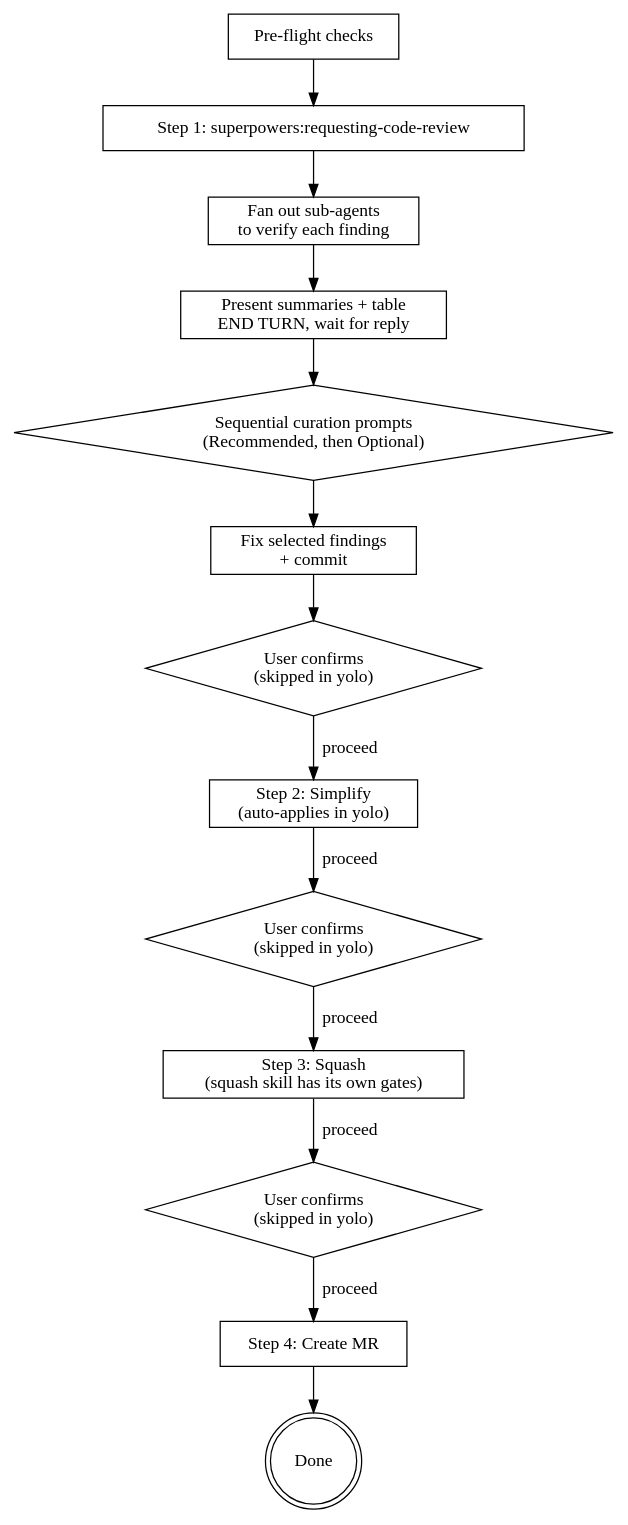
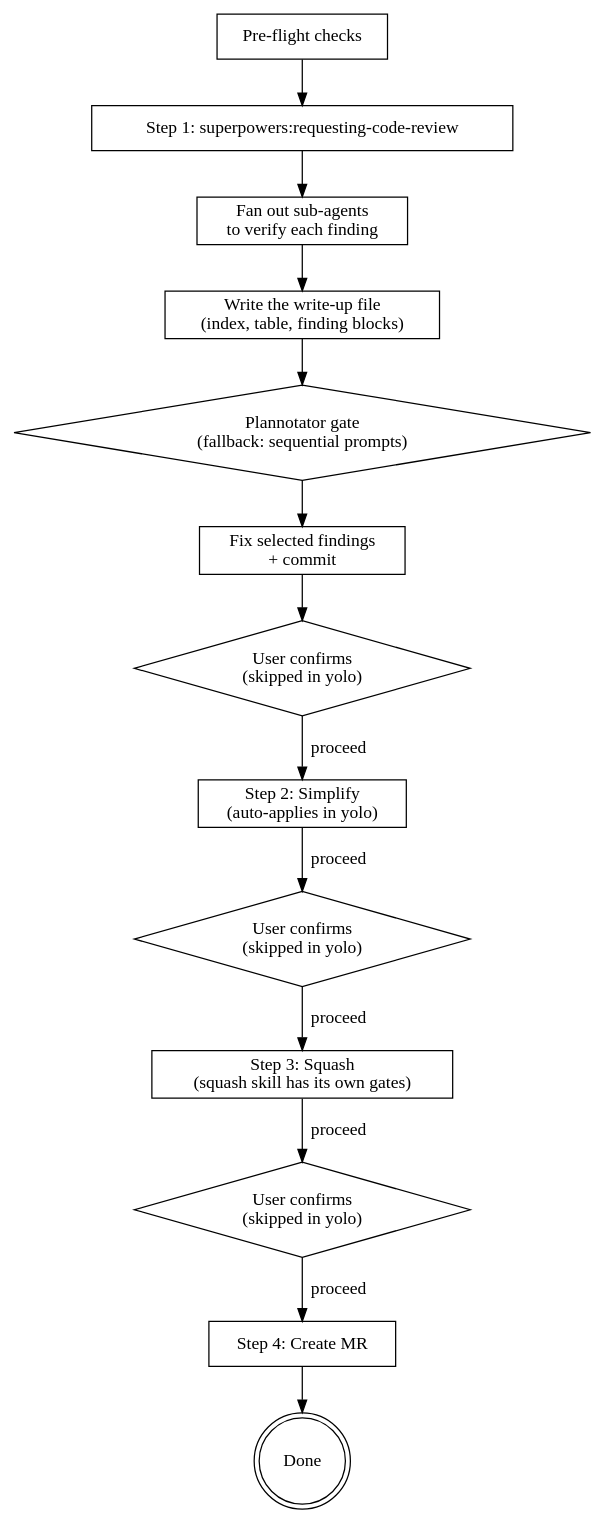
The diagram in skills/finalize-branch/SKILL.md (Minkey27/ai-skills), drawn with Graphviz before and after one commit. The commit also changed other lines of this file and 3 other files, not shown here.

First line of the commit message:
feat(skills): route review findings to a file and curate through the plannotator gate

````diff
--- a/skills/finalize-branch/SKILL.md
+++ b/skills/finalize-branch/SKILL.md
@@ -71,26 +71,26 @@
 ```dot
 digraph finalize {
     rankdir=TB;
     node [shape=box];
 
     preflight [label="Pre-flight checks"];
     review [label="Step 1: superpowers:requesting-code-review"];
     verify [label="Fan out sub-agents\nto verify each finding"];
-    present [label="Present summaries + table\nEND TURN, wait for reply"];
-    curate [label="Sequential curation prompts\n(Recommended, then Optional)" shape=diamond];
+    present [label="Write the write-up file\n(index, table, finding blocks)"];
+    curate [label="Plannotator gate\n(fallback: sequential prompts)" shape=diamond];
     fix [label="Fix selected findings\n+ commit"];
     gate1 [label="User confirms\n(skipped in yolo)" shape=diamond];
     simplify [label="Step 2: Simplify\n(auto-applies in yolo)"];
     gate2 [label="User confirms\n(skipped in yolo)" shape=diamond];
     squash [label="Step 3: Squash\n(squash skill has its own gates)"];
     gate3 [label="User confirms\n(skipped in yolo)" shape=diamond];
     mr [label="Step 4: Create MR"];
     done [label="Done" shape=doublecircle];
 
     preflight -> review -> verify -> present -> curate -> fix -> gate1;
     gate1 -> simplify [label="proceed"];
     simplify -> gate2 -> squash [label="proceed"];
     squash -> gate3 -> mr [label="proceed"];
     mr -> done;
 }
 ```
````
